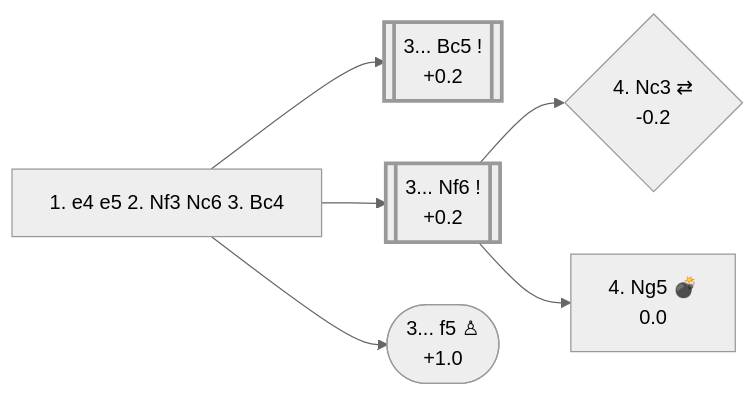
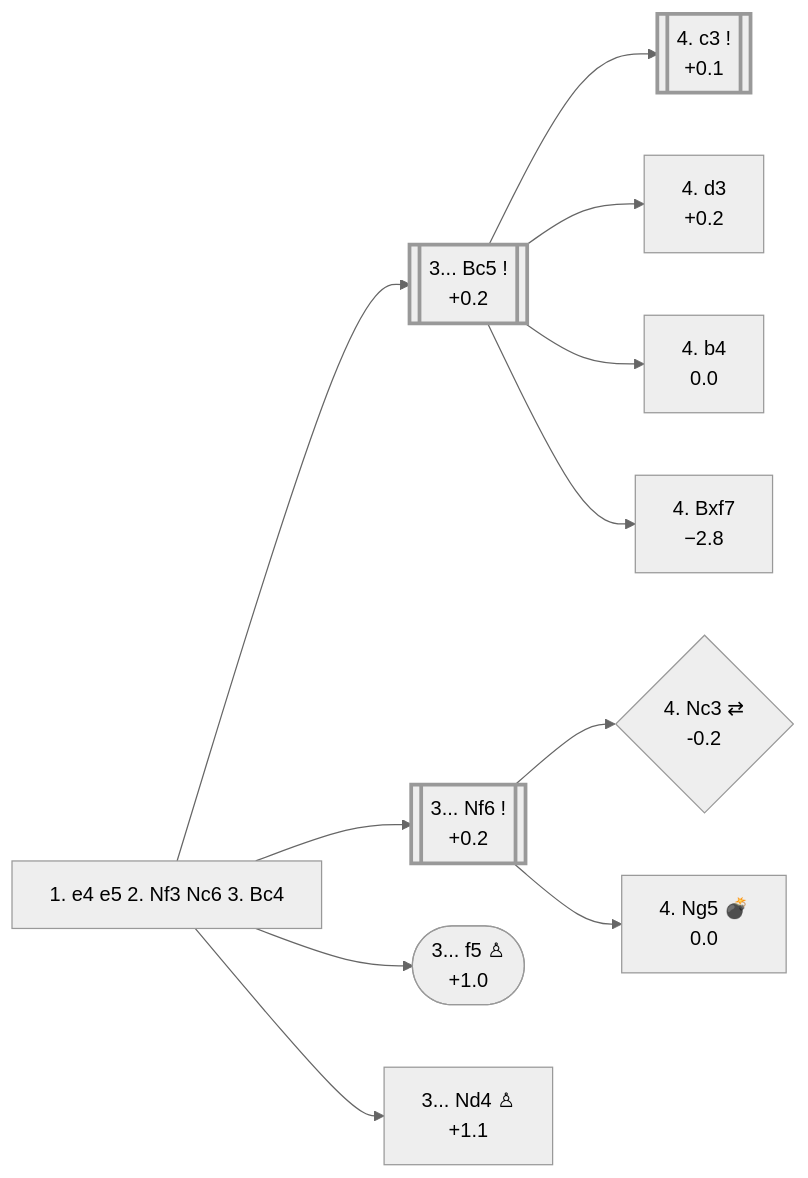
Before and after one commit to onclemarcel/chess_flashcards: the diagram in e4_openings/C50_Italian.md, drawn with Mermaid (neutral theme). The commit also changed other lines of this file and 6 other files, not shown here.

````diff
--- a/e4_openings/C50_Italian.md
+++ b/e4_openings/C50_Italian.md
@@ -12,19 +14,30 @@
 ```mermaid
 flowchart LR
     classDef main stroke-width:3px;
 
     Bc4["1. e4 e5 2. Nf3 Nc6 3. Bc4"]
     click Bc4 "#_initial_move_" "C50 · Italian Game"
 
     Bc4 --> Bc5[["3... Bc5 !<br/>+0.2"]]:::main
-    click Bc5 "https://github.com/onclemarcel/chess_flashcards/blob/main/e4_openings/C50_Giuoco_Piano.md" "C50 · Italian Game: Giuoco Piano"
+    click Bc5 "#_Bc5_" "C50 · Italian Game: Giuoco Piano"
     Bc4 --> Nf6[["3... Nf6 !<br/>+0.2"]]:::main
     click Nf6 "#_Nf6_" "C55 · Italian Game: Two Knights Defense"
     Bc4 --> f5(["3... f5 ♙<br/>+1.0"])
     click f5 "https://github.com/onclemarcel/chess_flashcards/blob/main/gambits/Rousseau/Rousseau.md" "C50 · Italian Game: Rousseau Gambit"
+    Bc4 --> Nd4["3... Nd4 ♙<br/>+1.1"]
+    click Nd4 "#_Nd4_" "C50 · Italian Game: Blackburne-Kostić Gambit"
 
     Nf6 --> Nc3{"4. Nc3 ⇄<br/>-0.2"}
     click Nc3 "https://github.com/onclemarcel/chess_flashcards/blob/main/e4_openings/C47_Four_Knights_Game.md" "C47 · Four Knights Game: Italian Variation"
     Nf6 --> Ng5["4. Ng5 💣<br/>0.0"]
     click Ng5 "#_Fried_Liver_" "C57 · Italian Game: Two Knights Defense, Knight Attack"
+
+    Bc5 --> c3[["4. c3 !<br/>+0.1"]]:::main
+    click c3 "#_c3_" "C50 · Italian Game: Giuoco Piano"
+    Bc5 --> d3["4. d3<br/>+0.2"]
+    click d3 "#_Pianissimo_" "C50 · Italian Game: Giuoco Pianissimo"
+    Bc5 --> b4["4. b4<br/>0.0"]
+    click b4 "https://github.com/onclemarcel/chess_flashcards/blob/main/e4_openings/C51_Evans_Gambit.md" "C51 · Italian Game: Evans Gambit"
+    Bc5 --> Bxf7["4. Bxf7<br/>−2.8"]
+    click Bxf7 "#_Jerome_" "C50 · Italian Game: Jerome Gambit"
 ```
````
